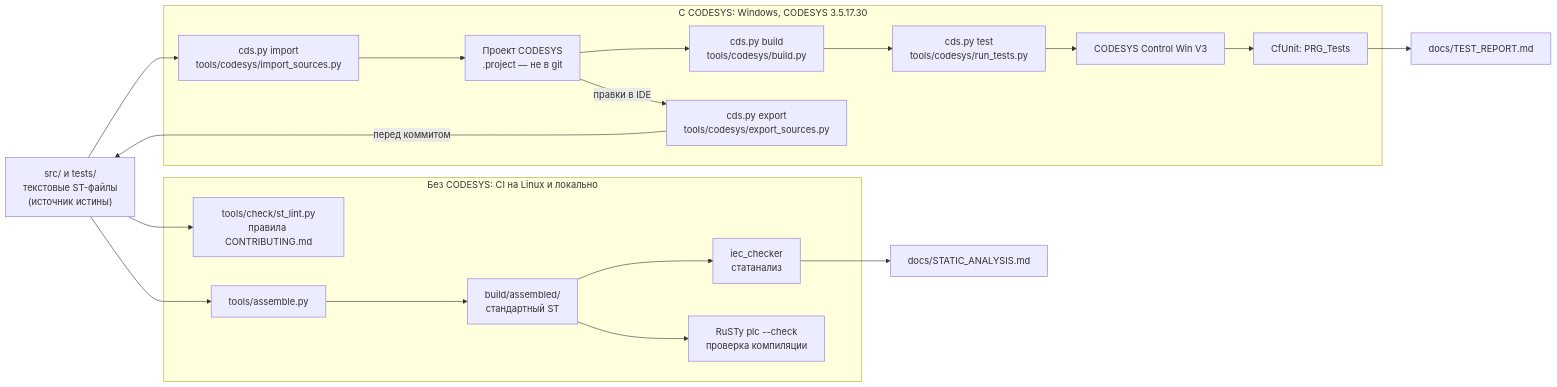
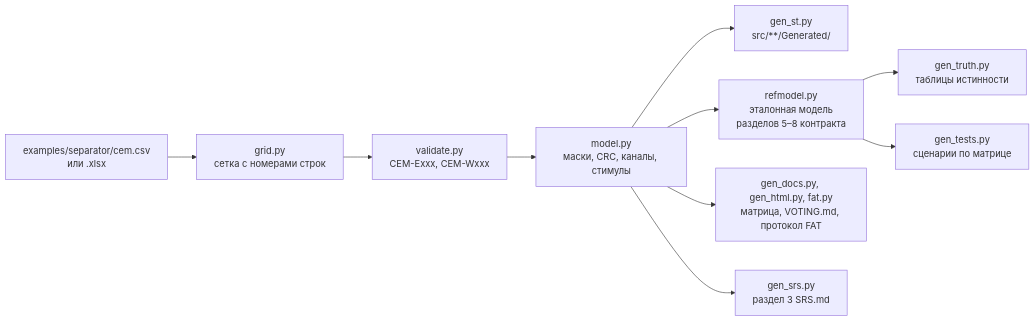
Before and after one commit to kr0nsch/sis-interlock-demo: the third of 4 diagrams in docs/ARCHITECTURE.md, drawn with Mermaid. The commit also changed other lines of this file and 13 other files, not shown here.

Commit message:
docs: SRS (демонстрационная структура), матрица, протокол FAT, отчёты, README

````diff
--- a/docs/ARCHITECTURE.md
+++ b/docs/ARCHITECTURE.md
@@ -9,32 +89,12 @@
 ```mermaid
 flowchart LR
-    src["src/ и tests/<br/>текстовые ST-файлы<br/>(источник истины)"]
-
-    subgraph ci["Без CODESYS: CI на Linux и локально"]
-        lint["tools/check/st_lint.py<br/>правила CONTRIBUTING.md"]
-        asm["tools/assemble.py"]
-        built["build/assembled/<br/>стандартный ST"]
-        iec["iec_checker<br/>статанализ"]
-        rusty["RuSTy plc --check<br/>проверка компиляции"]
-    end
-
-    subgraph cds["С CODESYS: Windows, CODESYS 3.5.17.30"]
-        imp["cds.py import<br/>tools/codesys/import_sources.py"]
-        proj["Проект CODESYS<br/>.project — не в git"]
-        bld["cds.py build<br/>tools/codesys/build.py"]
-        run["cds.py test<br/>tools/codesys/run_tests.py"]
-        ctrl["CODESYS Control Win V3"]
-        cf["CfUnit: PRG_Tests"]
-        exp["cds.py export<br/>tools/codesys/export_sources.py"]
-    end
-
-    rep["docs/TEST_REPORT.md"]
-    sa["docs/STATIC_ANALYSIS.md"]
-
-    src --> lint
-    src --> asm --> built
-    built --> iec --> sa
-    built --> rusty
-    src --> imp --> proj --> bld --> run --> ctrl --> cf --> rep
-    proj -- "правки в IDE" --> exp -- "перед коммитом" --> src
+    csv["examples/separator/cem.csv<br/>или .xlsx"] --> grid["grid.py<br/>сетка с номерами строк"]
+    grid --> val["validate.py<br/>CEM-Exxx, CEM-Wxxx"]
+    val --> model["model.py<br/>маски, CRC, каналы, стимулы"]
+    model --> st["gen_st.py<br/>src/**/Generated/"]
+    model --> ref["refmodel.py<br/>эталонная модель<br/>разделов 5–8 контракта"]
+    ref --> truth["gen_truth.py<br/>таблицы истинности"]
+    ref --> tests["gen_tests.py<br/>сценарии по матрице"]
+    model --> docs["gen_docs.py, gen_html.py, fat.py<br/>матрица, VOTING.md, протокол FAT"]
+    model --> srs["gen_srs.py<br/>раздел 3 SRS.md"]
 ```
````
